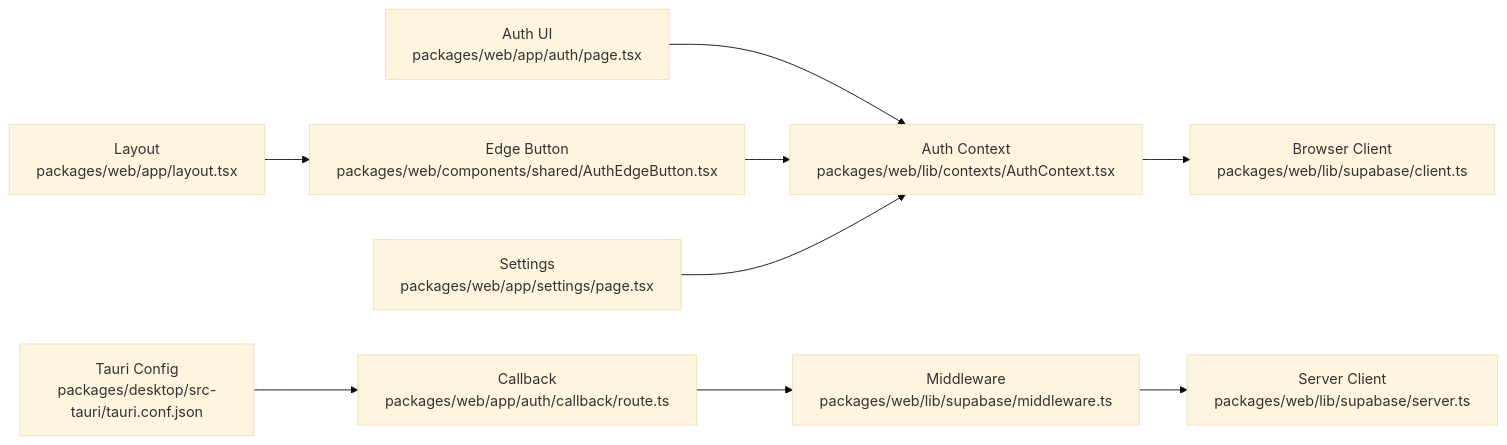
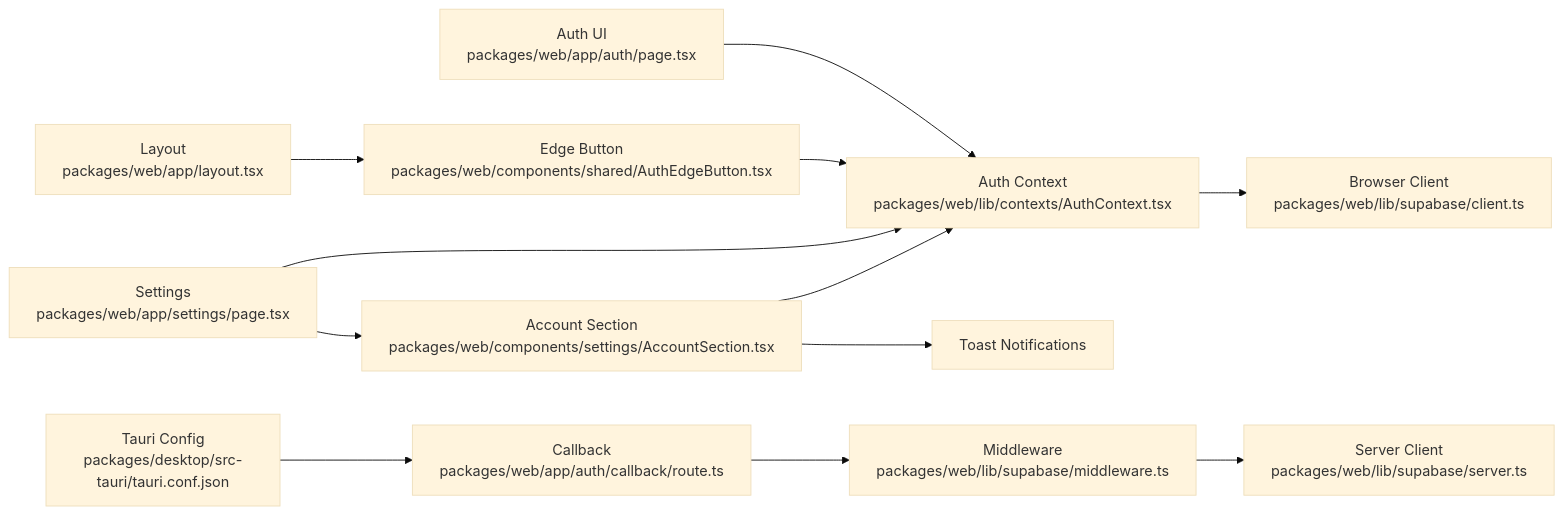
Diagram 12 of 12 in .qoder/repowiki/en/content/User Management & Authentication.md (navgurukul/oscar), drawn with Mermaid (base theme) before and after one commit. The commit also changed other lines of this file and 9 other files, not shown here.

Commit message:
feat(settings): add multi-section settings architecture with lazy-loaded components

````diff
--- a/.qoder/repowiki/en/content/User Management & Authentication.md
+++ b/.qoder/repowiki/en/content/User Management & Authentication.md
@@ -386,11 +517,14 @@
 ```mermaid
 graph LR
 UI["Auth UI<br/>packages/web/app/auth/page.tsx"] --> Ctx["Auth Context<br/>packages/web/lib/contexts/AuthContext.tsx"]
 Btn["Edge Button<br/>packages/web/components/shared/AuthEdgeButton.tsx"] --> Ctx
 Ctx --> BClient["Browser Client<br/>packages/web/lib/supabase/client.ts"]
 MW["Middleware<br/>packages/web/lib/supabase/middleware.ts"] --> SClient["Server Client<br/>packages/web/lib/supabase/server.ts"]
 CB["Callback<br/>packages/web/app/auth/callback/route.ts"] --> MW
 Layout["Layout<br/>packages/web/app/layout.tsx"] --> Btn
 Settings["Settings<br/>packages/web/app/settings/page.tsx"] --> Ctx
+Settings --> Account["Account Section<br/>packages/web/components/settings/AccountSection.tsx"]
+Account --> Ctx
+Account --> Toast["Toast Notifications"]
 Tauri["Tauri Config<br/>packages/desktop/src-tauri/tauri.conf.json"] --> CB
 ```
````
